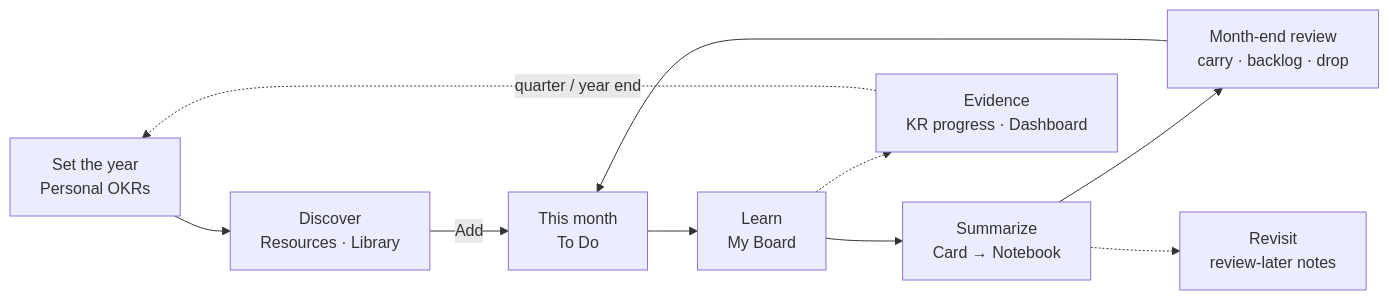
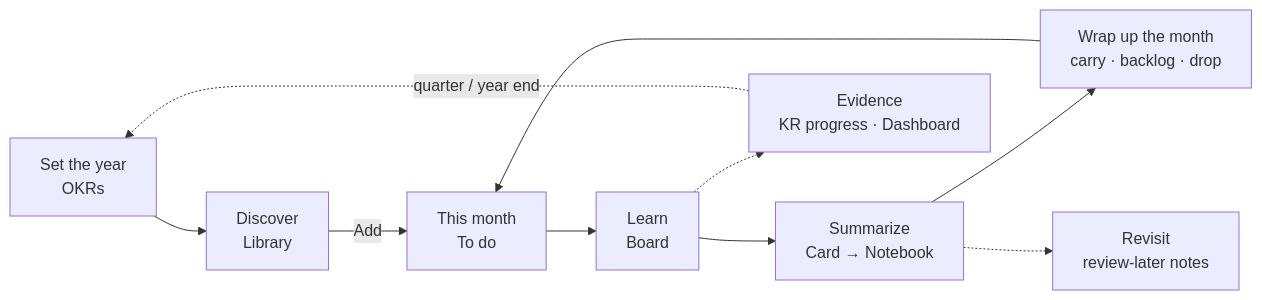
The first of 9 diagrams in docs/design/ux-flows.md (amojahedi/growloop), drawn with Mermaid before and after one commit. The commit also changed other lines of this file and 20 other files, not shown here.

````diff
--- a/docs/design/ux-flows.md
+++ b/docs/design/ux-flows.md
@@ -28,12 +28,12 @@
 ```mermaid
 flowchart LR
-  okr["Set the year<br/>Personal OKRs"] --> disc["Discover<br/>Resources · Library"]
-  disc -->|"Add"| plan["This month<br/>To Do"]
-  plan --> learn["Learn<br/>My Board"]
+  okr["Set the year<br/>OKRs"] --> disc["Discover<br/>Library"]
+  disc -->|"Add"| plan["This month<br/>To do"]
+  plan --> learn["Learn<br/>Board"]
   learn --> sum["Summarize<br/>Card → Notebook"]
-  sum --> rev["Month-end review<br/>carry · backlog · drop"]
+  sum --> rev["Wrap up the month<br/>carry · backlog · drop"]
   rev --> plan
   sum -.-> revisit["Revisit<br/>review-later notes"]
   learn -.-> prog["Evidence<br/>KR progress · Dashboard"]
   prog -.->|"quarter / year end"| okr
 ```
````
